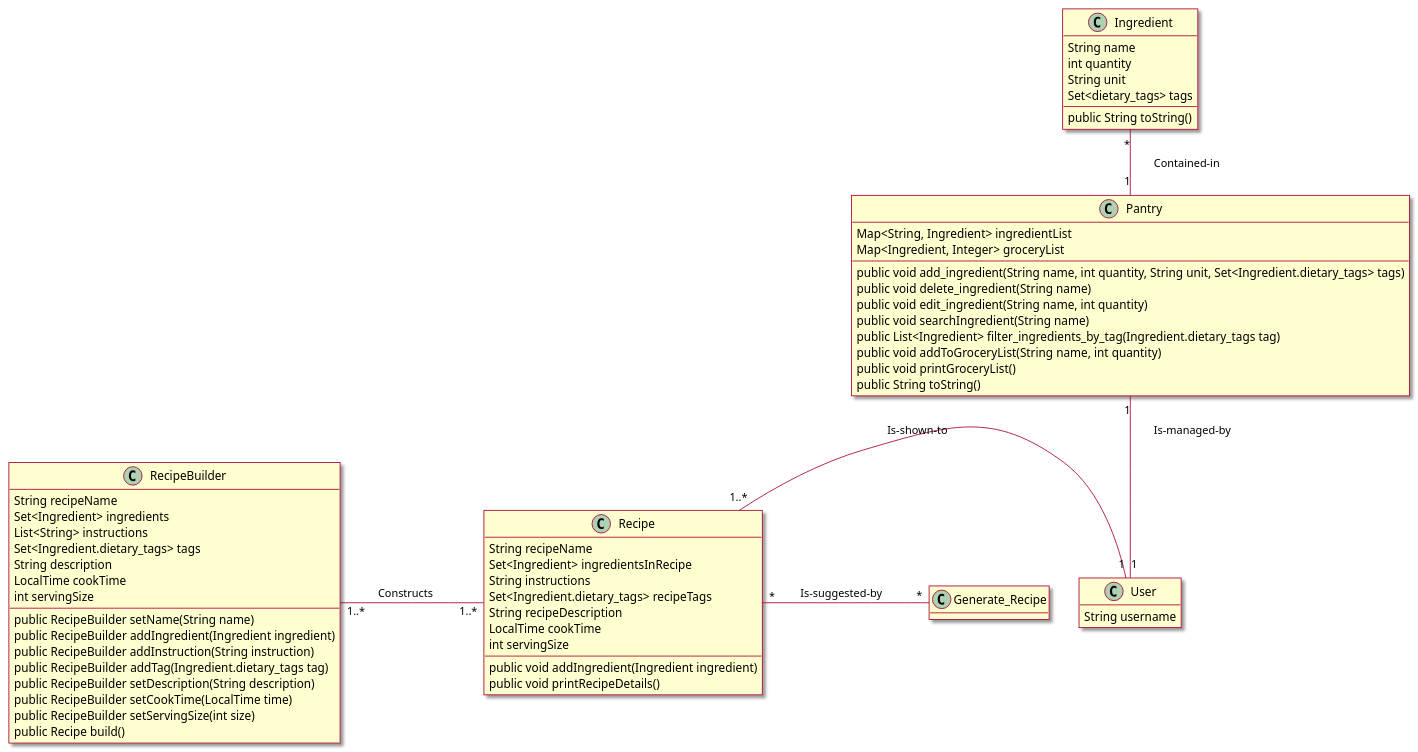
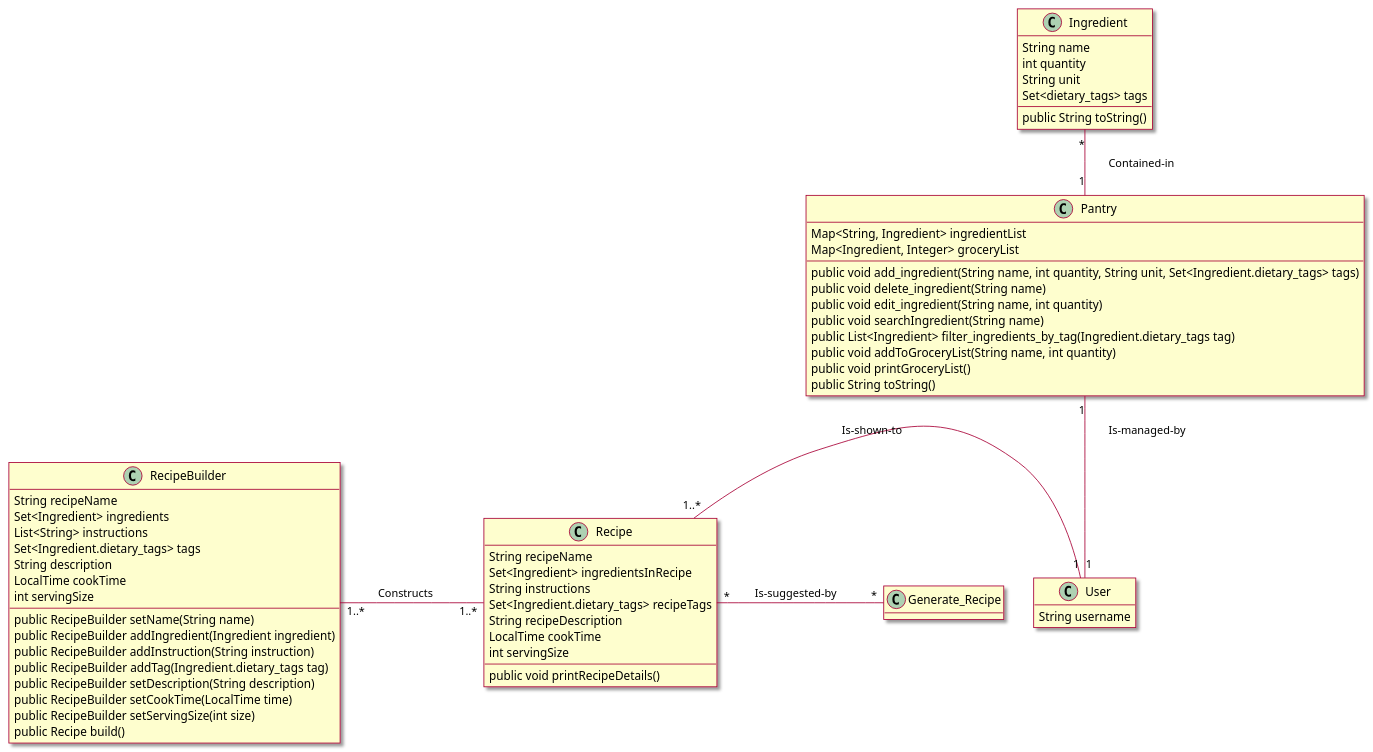
The diagram in intellij/doc/class_diagram.md (berthashipper/Pantry-Pal-Android-Application), drawn with PlantUML before and after one commit. The commit also changed 7 other files, not shown here.

````diff
--- a/intellij/doc/class_diagram.md
+++ b/intellij/doc/class_diagram.md
@@ -1,82 +1,81 @@
 ```plantuml
 @startuml
 
 skin rose
 
 hide empty methods
 ' classes
 
 class Ingredient{
  String name
  int quantity
  String unit
  Set<dietary_tags> tags
  __
  public String toString()
 }
 
 class Pantry{
  Map<String, Ingredient> ingredientList
  Map<Ingredient, Integer> groceryList
  --
  public void add_ingredient(String name, int quantity, String unit, Set<Ingredient.dietary_tags> tags)
  public void delete_ingredient(String name)
  public void edit_ingredient(String name, int quantity)
  public void searchIngredient(String name)
  public List<Ingredient> filter_ingredients_by_tag(Ingredient.dietary_tags tag)
  public void addToGroceryList(String name, int quantity)
  public void printGroceryList()
  public String toString()
 }
 
 class Recipe{
  String recipeName
  Set<Ingredient> ingredientsInRecipe
  String instructions
  Set<Ingredient.dietary_tags> recipeTags
  String recipeDescription
  LocalTime cookTime
  int servingSize
  --
- public void addIngredient(Ingredient ingredient)
  public void printRecipeDetails()
 }
 
 class RecipeBuilder{
  String recipeName
  Set<Ingredient> ingredients
  List<String> instructions
  Set<Ingredient.dietary_tags> tags
  String description
  LocalTime cookTime
  int servingSize
  --
  public RecipeBuilder setName(String name)
  public RecipeBuilder addIngredient(Ingredient ingredient)
  public RecipeBuilder addInstruction(String instruction)
  public RecipeBuilder addTag(Ingredient.dietary_tags tag)
  public RecipeBuilder setDescription(String description)
  public RecipeBuilder setCookTime(LocalTime time)
  public RecipeBuilder setServingSize(int size)
  public Recipe build()
 }
 
 
 class User{
  String username
 }
 
 class Generate_Recipe{
 
 }
 
 ' associations
 User "1" -up- "1" Pantry : \tIs-managed-by\t\t
 Pantry "1" -up- "*" Ingredient : \tContained-in\t\t
 User "1" -left- "1..*" Recipe : \tIs-shown-to\t\t
 Recipe "1..*" -up "1..*" RecipeBuilder : \tConstructs\t\t
 Generate_Recipe "*" -left "*" Recipe : \tIs-suggested-by\t\t
 
 @enduml
 
 ```
````
